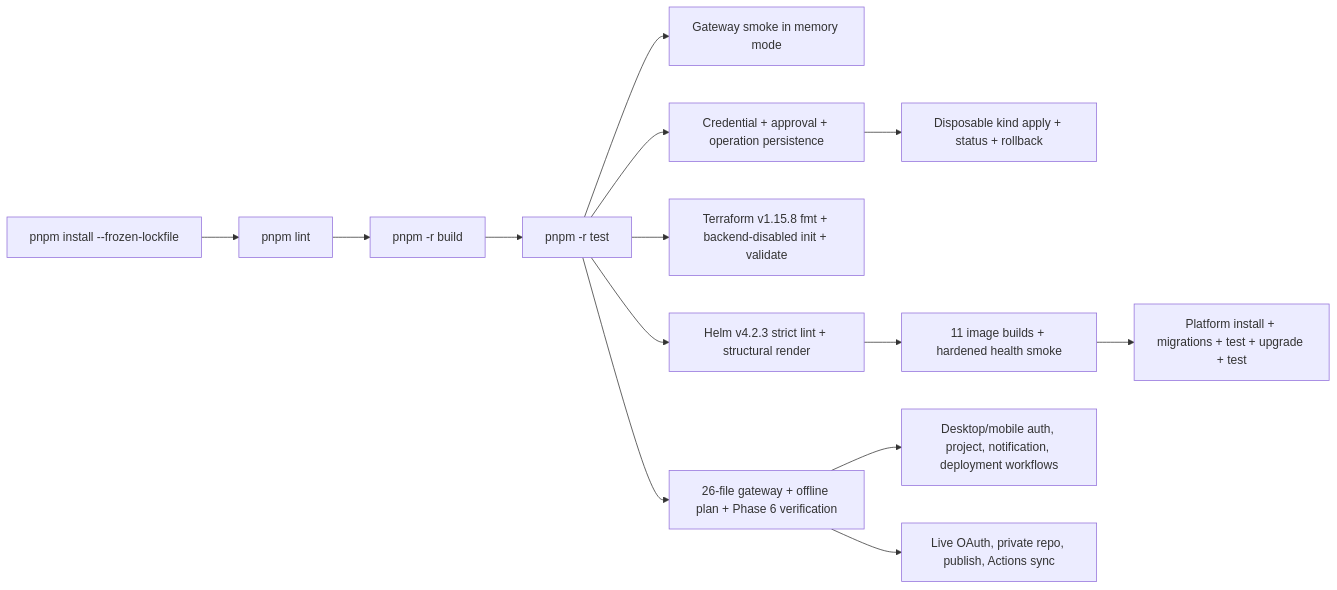
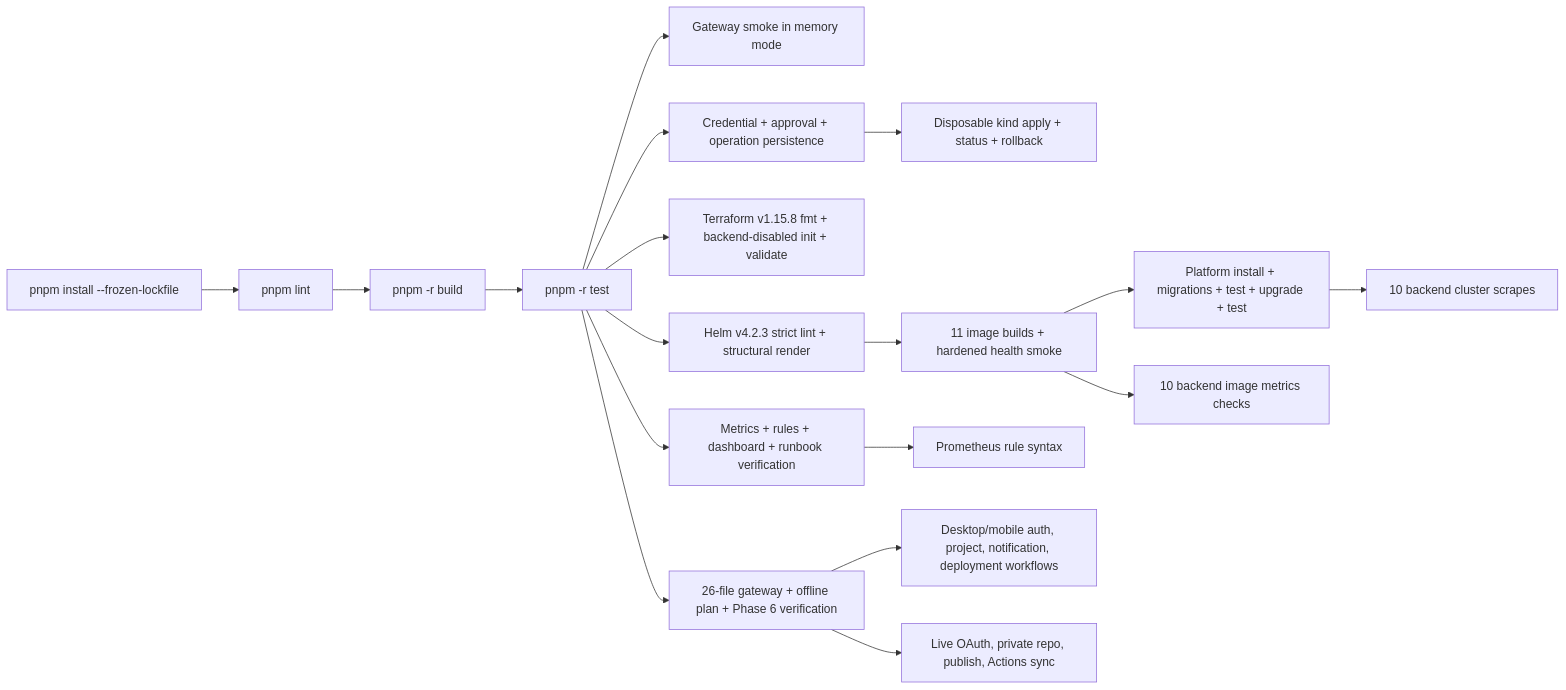
Before and after one commit to devkumarbaheti2507/BuildSphere: diagram 11 of 11 in docs/15_PROJECT_KNOWLEDGE_GRAPH.md, drawn with Mermaid. The commit also changed other lines of this file and 63 other files, not shown here.

Commit message:
feat(observability): complete phase 11 metrics and SLO baseline

````diff
--- a/docs/15_PROJECT_KNOWLEDGE_GRAPH.md
+++ b/docs/15_PROJECT_KNOWLEDGE_GRAPH.md
@@ -662,16 +686,20 @@
 ```mermaid
 flowchart LR
   Install[pnpm install --frozen-lockfile] --> Lint[pnpm lint]
   Lint --> Build[pnpm -r build]
   Build --> Tests[pnpm -r test]
   Tests --> MemorySmoke[Gateway smoke in memory mode]
   Tests --> HelmLint[Helm v4.2.3 strict lint + structural render]
   Tests --> TerraformValidate[Terraform v1.15.8 fmt + backend-disabled init + validate]
   Tests --> PostgresSmoke[26-file gateway + offline plan + Phase 6 verification]
   Tests --> Phase9Postgres[Credential + approval + operation persistence]
   Phase9Postgres --> Kind[Disposable kind apply + status + rollback]
   HelmLint --> Images[11 image builds + hardened health smoke]
   Images --> Phase10Kind[Platform install + migrations + test + upgrade + test]
+  Tests --> Phase11[Metrics + rules + dashboard + runbook verification]
+  Phase11 --> Promtool[Prometheus rule syntax]
+  Images --> MetricsSmoke[10 backend image metrics checks]
+  Phase10Kind --> ClusterMetrics[10 backend cluster scrapes]
   PostgresSmoke --> Browser[Desktop/mobile auth, project, notification, deployment workflows]
   PostgresSmoke --> LiveGitHub[Live OAuth, private repo, publish, Actions sync]
 ```
````
